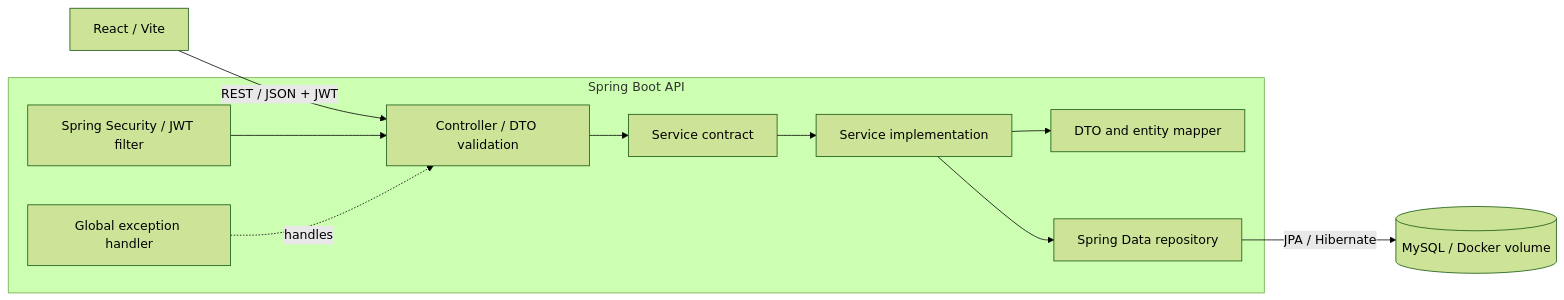
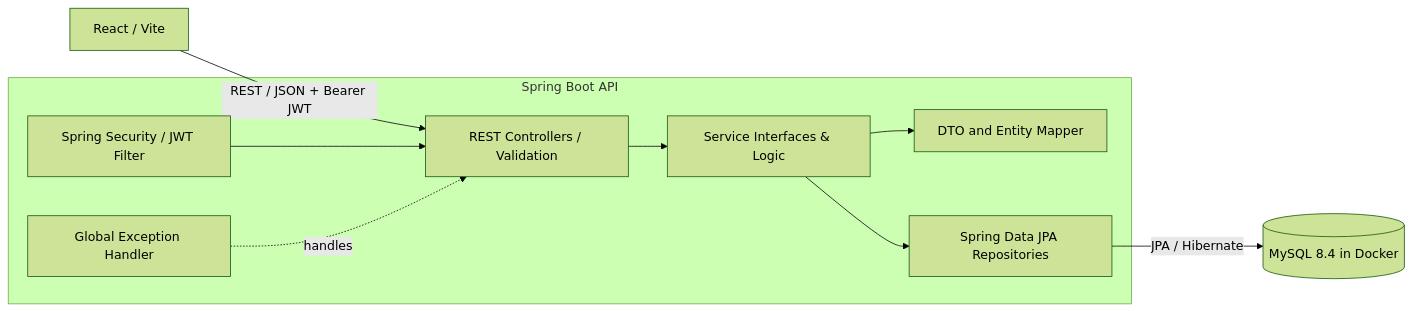
Before and after one commit to BhalchandraOP/Student-Assignment-Manager: the diagram in README.md, drawn with Mermaid (forest theme). The commit also changed other lines of this file and 15 other files, not shown here.

````diff
--- a/README.md
+++ b/README.md
@@ -33,23 +34,21 @@
 ```mermaid
 flowchart LR
-    Browser[React / Vite] -->|REST / JSON + JWT| Controller
+    Browser[React / Vite] -->|REST / JSON + Bearer JWT| Controller
 
     subgraph Spring Boot API
-        Security[Spring Security / JWT filter]
-        Controller[Controller / DTO validation]
-        Service[Service contract]
-        Implementation[Service implementation]
-        Mapper[DTO and entity mapper]
-        Repository[Spring Data repository]
-        Exception[Global exception handler]
+        Security[Spring Security / JWT Filter]
+        Controller[REST Controllers / Validation]
+        Service[Service Interfaces & Logic]
+        Mapper[DTO and Entity Mapper]
+        Repository[Spring Data JPA Repositories]
+        Exception[Global Exception Handler]
 
         Security --> Controller
         Controller --> Service
-        Service --> Implementation
-        Implementation --> Mapper
-        Implementation --> Repository
+        Service --> Mapper
+        Service --> Repository
         Exception -. handles .-> Controller
     end
 
-    Repository -->|JPA / Hibernate| MySQL[(MySQL / Docker volume)]
+    Repository -->|JPA / Hibernate| MySQL[(MySQL 8.4 in Docker)]
 ```
````
